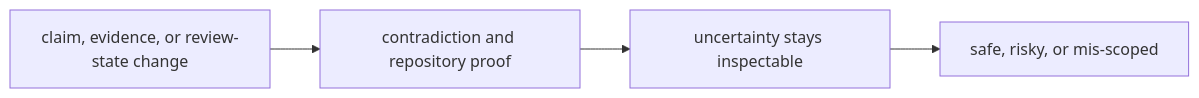
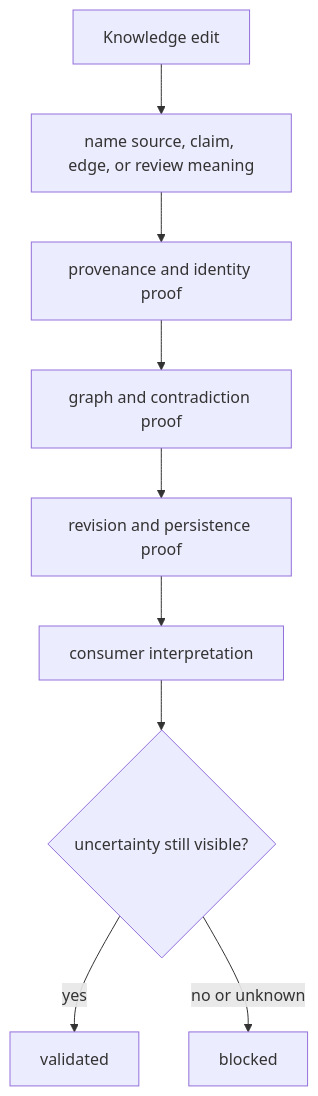
One commit to bijux/bijux-proteomics changed the diagram in docs/06-bijux-proteomics-knowledge/quality/change-validation.md. Above: the diagram before and after it, drawn with Mermaid. The commit also changed other lines of this file and 2 other files, not shown here.

Commit message:
docs(knowledge): verify evidence custody chains

````diff
--- a/docs/06-bijux-proteomics-knowledge/quality/change-validation.md
+++ b/docs/06-bijux-proteomics-knowledge/quality/change-validation.md
@@ -16,9 +31,11 @@
 ```mermaid
-flowchart LR
-    truth["claim, evidence, or review-state change"]
-    contradictions["contradiction and repository proof"]
-    uncertainty["uncertainty stays inspectable"]
-    verdict["safe, risky, or mis-scoped"]
-
-    truth --> contradictions --> uncertainty --> verdict
+flowchart TD
+    E["Knowledge edit"] --> S["name source, claim, edge, or review meaning"]
+    S --> P["provenance and identity proof"]
+    P --> G["graph and contradiction proof"]
+    G --> R["revision and persistence proof"]
+    R --> C["consumer interpretation"]
+    C --> V{"uncertainty still visible?"}
+    V -->|yes| D["validated"]
+    V -->|no or unknown| B["blocked"]
 ```
````
